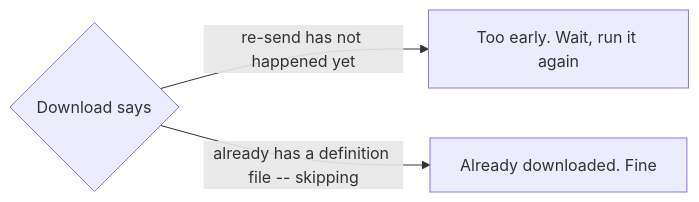
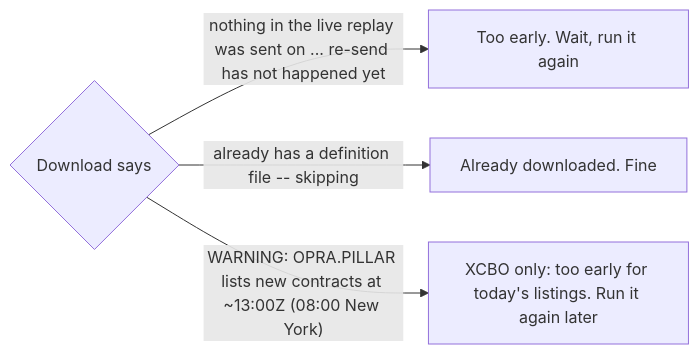
The second of 3 diagrams in deploy/RUNBOOK.md (dvygo/Securities), drawn with Mermaid before and after one commit. The commit also changed other lines of this file and 119 other files, not shown here.

````diff
--- a/deploy/RUNBOOK.md
+++ b/deploy/RUNBOOK.md
@@ -44,5 +47,6 @@
 ```mermaid
 flowchart LR
-    Q{"Download says"} -->|"re-send has not happened yet"| W["Too early. Wait, run it again"]
+    Q{"Download says"} -->|"nothing in the live replay was sent on ... re-send has not happened yet"| W["Too early. Wait, run it again"]
     Q -->|"already has a definition file -- skipping"| K["Already downloaded. Fine"]
+    Q -->|"WARNING: OPRA.PILLAR lists new contracts at ~13:00Z (08:00 New York)"| L["XCBO only: too early for today's listings. Run it again later"]
 ```
````
